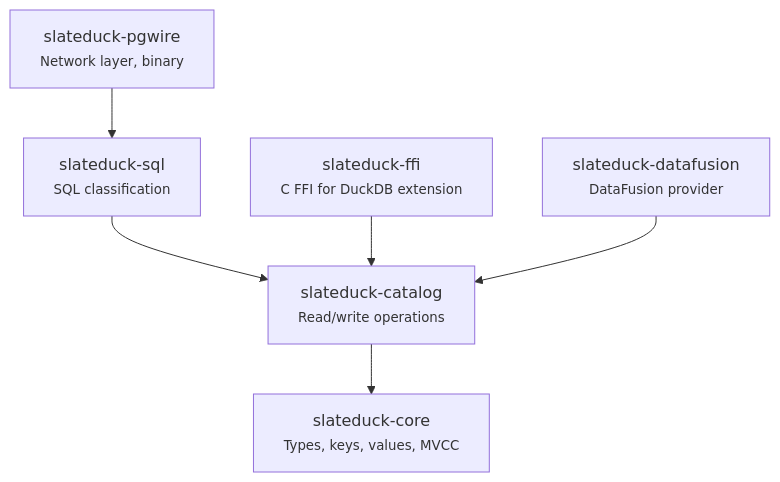
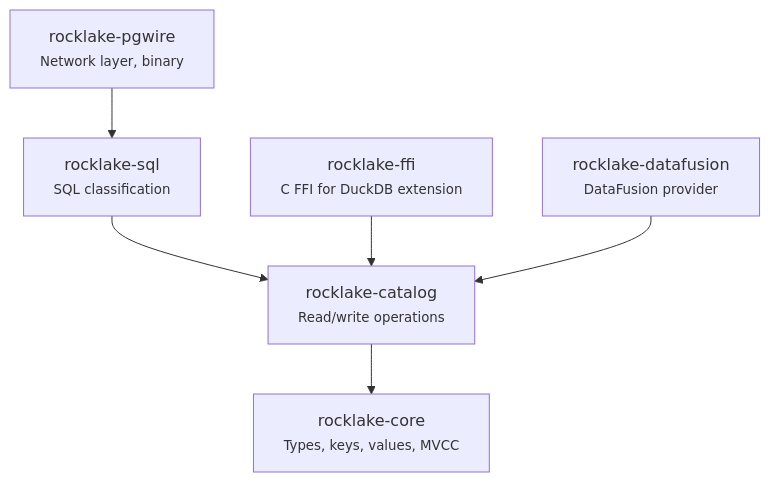
One commit to trickle-labs/slateduck changed the diagram in docs/contributing/architecture-guide.md. Above: the diagram before and after it, drawn with Mermaid. The commit also changed other lines of this file and 396 other files, not shown here.

First line of the commit message:
rename: SlateDuck -> Rocklake across entire codebase

````diff
--- a/docs/contributing/architecture-guide.md
+++ b/docs/contributing/architecture-guide.md
@@ -9,8 +9,8 @@
 ```mermaid
 graph TD
-    pgwire[slateduck-pgwire<br/><small>Network layer, binary</small>] --> sql[slateduck-sql<br/><small>SQL classification</small>]
-    sql --> catalog[slateduck-catalog<br/><small>Read/write operations</small>]
-    catalog --> core[slateduck-core<br/><small>Types, keys, values, MVCC</small>]
-    ffi[slateduck-ffi<br/><small>C FFI for DuckDB extension</small>] --> catalog
-    datafusion[slateduck-datafusion<br/><small>DataFusion provider</small>] --> catalog
+    pgwire[rocklake-pgwire<br/><small>Network layer, binary</small>] --> sql[rocklake-sql<br/><small>SQL classification</small>]
+    sql --> catalog[rocklake-catalog<br/><small>Read/write operations</small>]
+    catalog --> core[rocklake-core<br/><small>Types, keys, values, MVCC</small>]
+    ffi[rocklake-ffi<br/><small>C FFI for DuckDB extension</small>] --> catalog
+    datafusion[rocklake-datafusion<br/><small>DataFusion provider</small>] --> catalog
 ```
````
